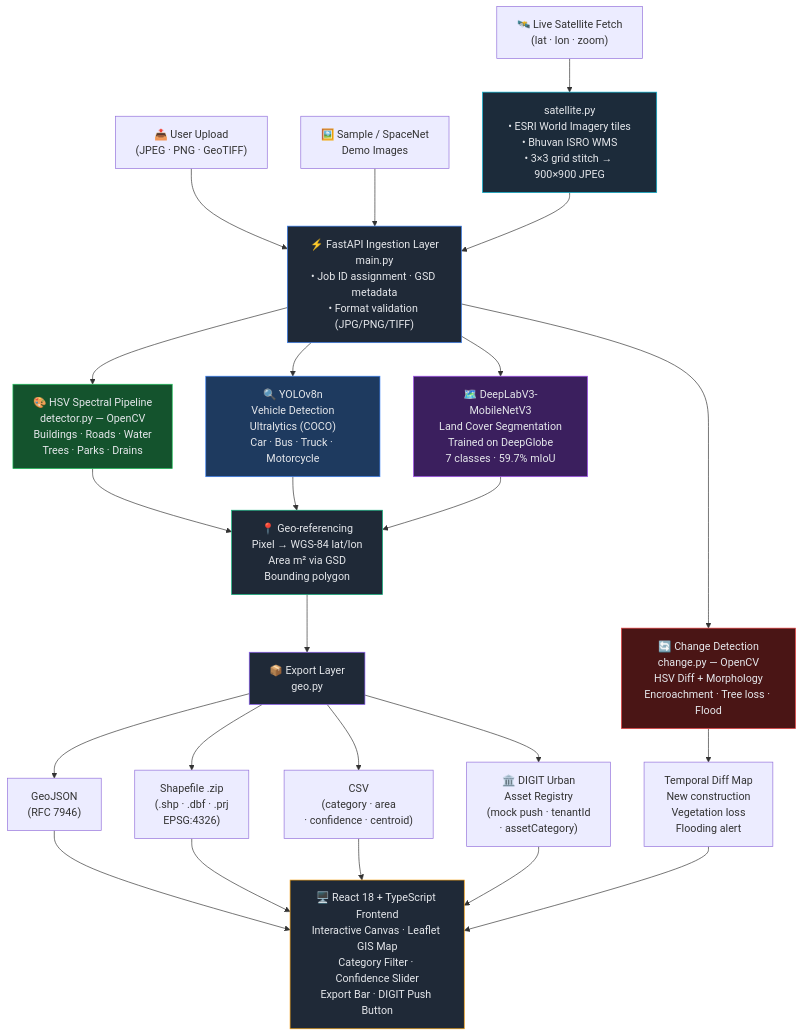
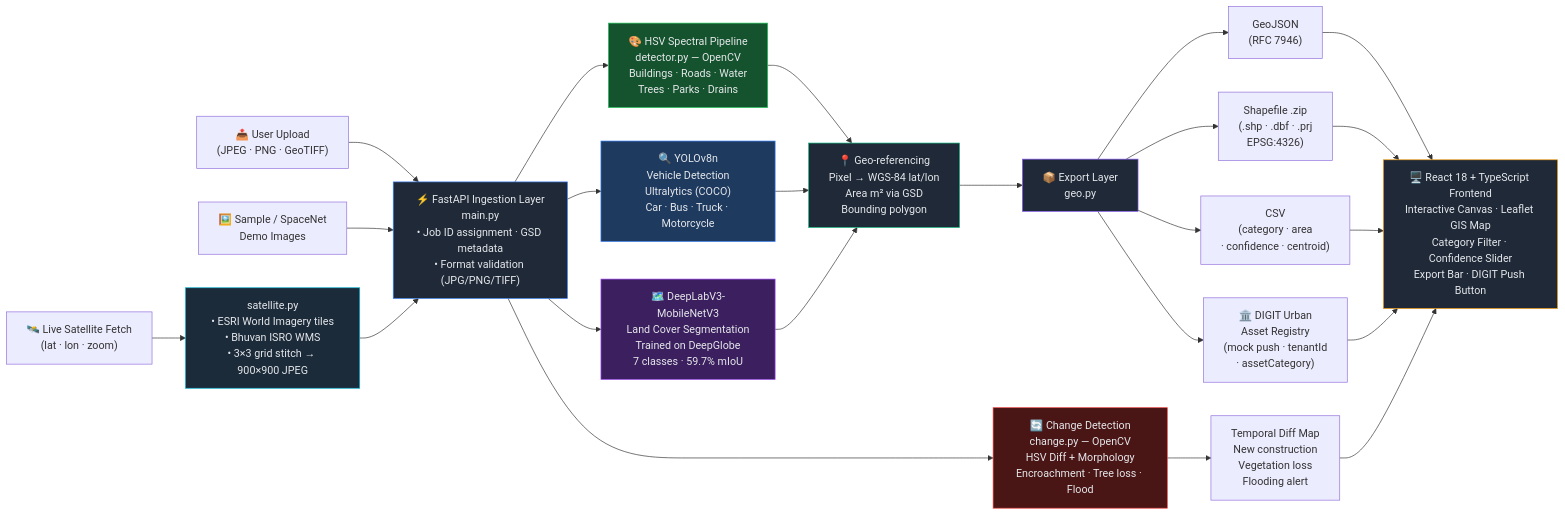
The diagram in PRESENTATION.md (tejassinghbhati/AISAMS), drawn with Mermaid before and after one commit.

Commit message:
docs: change architecture diagram orientation to horizontal (LR)

````diff
--- a/PRESENTATION.md
+++ b/PRESENTATION.md
@@ -60,44 +60,44 @@
 ```mermaid
-graph TB
+graph LR
     U1["📤 User Upload\n(JPEG · PNG · GeoTIFF)"] --> B
     U2["🛰️ Live Satellite Fetch\n(lat · lon · zoom)"] --> SAT
     U3["🖼️ Sample / SpaceNet\nDemo Images"] --> B
 
     SAT["satellite.py\n• ESRI World Imagery tiles\n• Bhuvan ISRO WMS\n• 3×3 grid stitch → 900×900 JPEG"] --> B
 
     B["⚡ FastAPI Ingestion Layer\nmain.py\n• Job ID assignment · GSD metadata\n• Format validation (JPG/PNG/TIFF)"]
 
     B --> HSV["🎨 HSV Spectral Pipeline\ndetector.py — OpenCV\nBuildings · Roads · Water\nTrees · Parks · Drains"]
     B --> YOLO["🔍 YOLOv8n\nVehicle Detection\nUltralytics (COCO)\nCar · Bus · Truck · Motorcycle"]
     B --> SEG["🗺️ DeepLabV3-MobileNetV3\nLand Cover Segmentation\nTrained on DeepGlobe\n7 classes · 59.7% mIoU"]
     B --> CHG["🔄 Change Detection\nchange.py — OpenCV\nHSV Diff + Morphology\nEncroachment · Tree loss · Flood"]
 
     HSV --> GEO["📍 Geo-referencing\nPixel → WGS-84 lat/lon\nArea m² via GSD\nBounding polygon"]
     YOLO --> GEO
     SEG --> GEO
 
     GEO --> EXP["📦 Export Layer\ngeo.py"]
 
     EXP --> G1["GeoJSON\n(RFC 7946)"]
     EXP --> G2["Shapefile .zip\n(.shp · .dbf · .prj\nEPSG:4326)"]
     EXP --> G3["CSV\n(category · area\n· confidence · centroid)"]
     EXP --> G4["🏛️ DIGIT Urban\nAsset Registry\n(mock push · tenantId\n· assetCategory)"]
 
     CHG --> G5["Temporal Diff Map\nNew construction\nVegetation loss\nFlooding alert"]
 
     G1 --> FE["🖥️ React 18 + TypeScript Frontend\nInteractive Canvas · Leaflet GIS Map\nCategory Filter · Confidence Slider\nExport Bar · DIGIT Push Button"]
     G2 --> FE
     G3 --> FE
     G4 --> FE
     G5 --> FE
 
     style B fill:#1f2937,stroke:#3b82f6,color:#e5e7eb
     style GEO fill:#1f2937,stroke:#10b981,color:#e5e7eb
     style EXP fill:#1f2937,stroke:#8b5cf6,color:#e5e7eb
     style FE fill:#1f2937,stroke:#f59e0b,color:#e5e7eb
     style HSV fill:#14532d,stroke:#22c55e,color:#e5e7eb
     style YOLO fill:#1e3a5f,stroke:#3b82f6,color:#e5e7eb
     style SEG fill:#3b1f5e,stroke:#a855f7,color:#e5e7eb
     style CHG fill:#4a1515,stroke:#ef4444,color:#e5e7eb
     style SAT fill:#1c2b3a,stroke:#06b6d4,color:#e5e7eb
 ```
````
